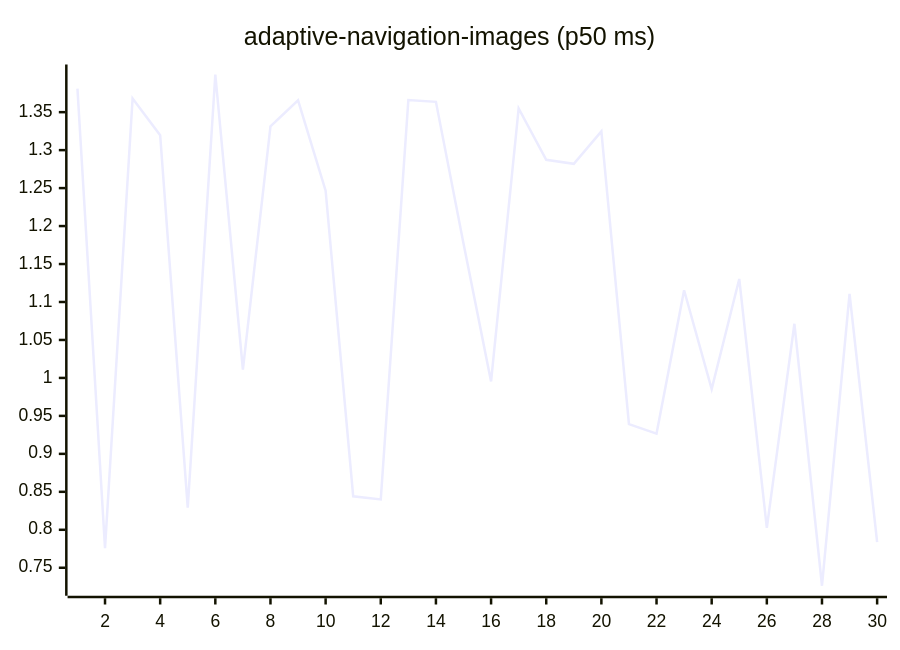
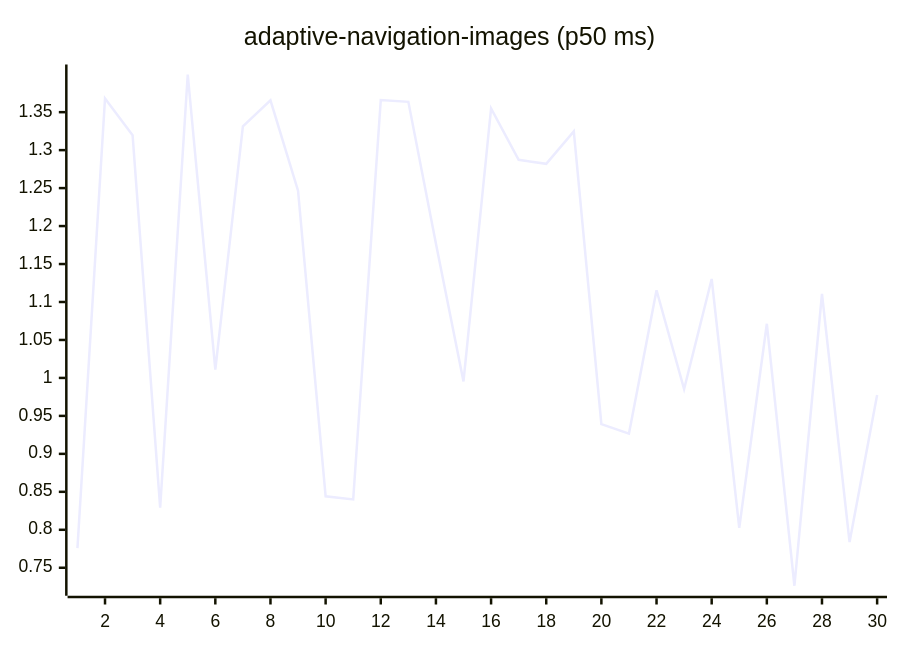
One commit to josha/Facet changed the first of 27 diagrams in README.md. Above: the diagram before and after it, drawn with Mermaid. The commit also changed other lines of this file and 2 other files, not shown here.

````diff
--- a/README.md
+++ b/README.md
@@ -63,6 +63,6 @@
 ```mermaid
 xychart-beta
     title "adaptive-navigation-images (p50 ms)"
     x-axis 1 --> 30
-    line [1.3810, 0.7758, 1.3680, 1.3197, 0.8291, 1.3996, 1.0110, 1.3313, 1.3656, 1.2466, 0.8441, 0.8400, 1.3659, 1.3636, 1.1770, 0.9954, 1.3550, 1.2872, 1.2820, 1.3247, 0.9391, 0.9267, 1.1155, 0.9853, 1.1303, 0.8026, 1.0713, 0.7263, 1.1106, 0.7839]
+    line [0.7758, 1.3680, 1.3197, 0.8291, 1.3996, 1.0110, 1.3313, 1.3656, 1.2466, 0.8441, 0.8400, 1.3659, 1.3636, 1.1770, 0.9954, 1.3550, 1.2872, 1.2820, 1.3247, 0.9391, 0.9267, 1.1155, 0.9853, 1.1303, 0.8026, 1.0713, 0.7263, 1.1106, 0.7839, 0.9774]
 ```
````
